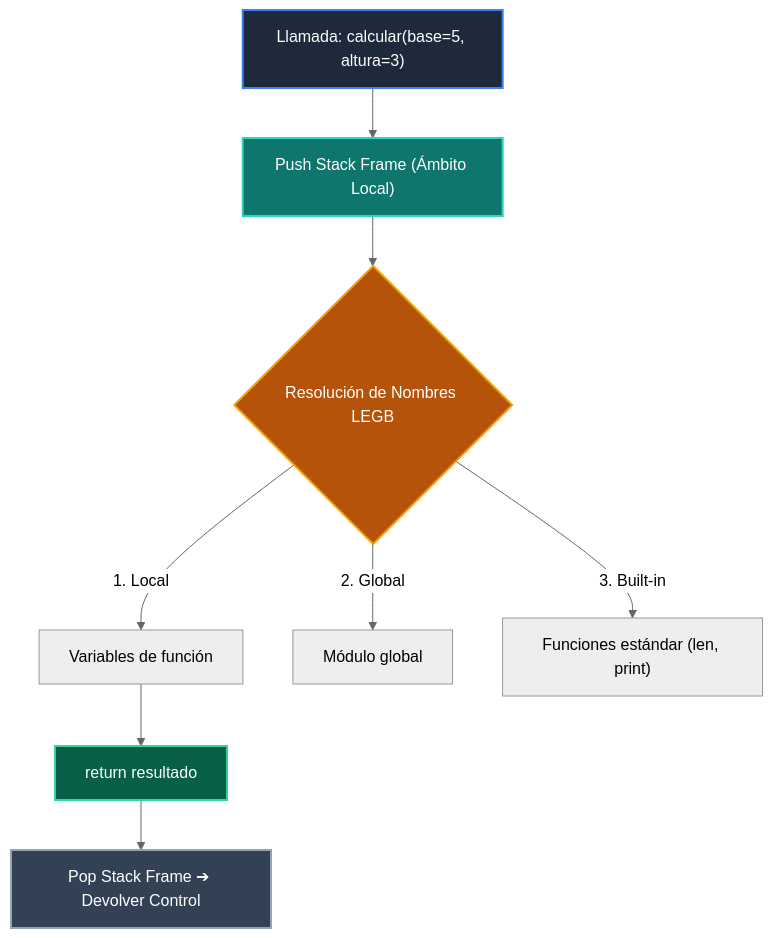
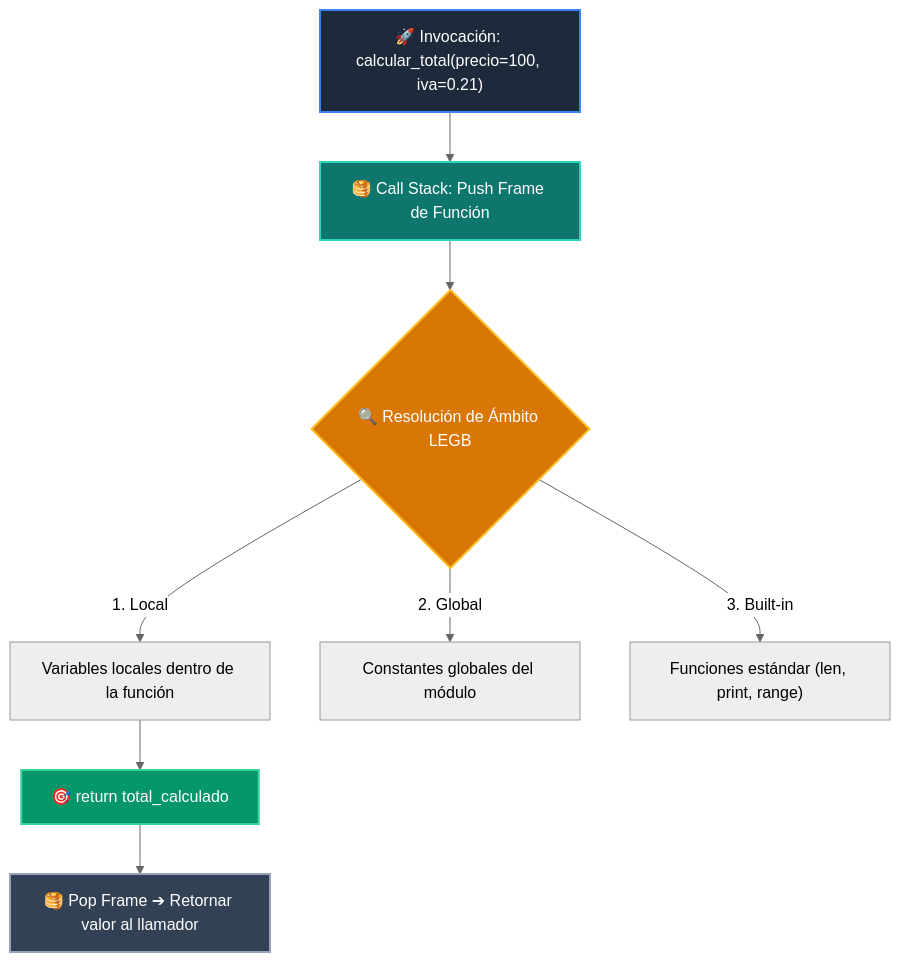
Before and after one commit to wisrovi/wisrovi-python: the diagram in 01-fundamentos-python/clase-07-funciones/README.md, drawn with Mermaid (neutral theme). The commit also changed other lines of this file and 54 other files, not shown here.

Commit message:
refactor: clean repository root by moving maintenance scripts to scripts/ and restore rich high-contrast Mermaid diagrams for all classes and examples

````diff
--- a/01-fundamentos-python/clase-07-funciones/README.md
+++ b/01-fundamentos-python/clase-07-funciones/README.md
@@ -12,16 +12,16 @@
 ```mermaid
 flowchart TD
-    CALL["Llamada: calcular(base=5, altura=3)"] --> FRAME["Push Stack Frame (Ámbito Local)"]
-    FRAME --> SCOPE{"Resolución de Nombres LEGB"}
-    SCOPE -->|1. Local| L_VAR["Variables de función"]
-    SCOPE -->|2. Global| G_VAR["Módulo global"]
-    SCOPE -->|3. Built-in| B_VAR["Funciones estándar (len, print)"]
-    L_VAR --> RET["return resultado"]
-    RET --> POP_F["Pop Stack Frame ➔ Devolver Control"]
+    CALL["🚀 Invocación: calcular_total(precio=100, iva=0.21)"] --> STACK["🥞 Call Stack: Push Frame de Función"]
+    STACK --> SCOPE{"🔍 Resolución de Ámbito LEGB"}
+    SCOPE -->|1. Local| L["Variables locales dentro de la función"]
+    SCOPE -->|2. Global| G["Constantes globales del módulo"]
+    SCOPE -->|3. Built-in| B["Funciones estándar (len, print, range)"]
+    L --> RET["🎯 return total_calculado"]
+    RET --> POP_F["🥞 Pop Frame ➔ Retornar valor al llamador"]
 
-    style CALL fill:#1e293b,color:#fff,stroke:#3b82f6,stroke-width:2px
-    style FRAME fill:#0f766e,color:#fff,stroke:#2dd4bf,stroke-width:2px
-    style SCOPE fill:#b45309,color:#fff,stroke:#f59e0b,stroke-width:2px
-    style RET fill:#065f46,color:#fff,stroke:#34d399,stroke-width:2px
-    style POP_F fill:#334155,color:#fff,stroke:#94a3b8,stroke-width:2px
+    style CALL fill:#1e293b,color:#ffffff,stroke:#3b82f6,stroke-width:2px
+    style STACK fill:#0f766e,color:#ffffff,stroke:#2dd4bf,stroke-width:2px
+    style SCOPE fill:#d97706,color:#ffffff,stroke:#fbbf24,stroke-width:2px
+    style RET fill:#059669,color:#ffffff,stroke:#34d399,stroke-width:2px
+    style POP_F fill:#334155,color:#ffffff,stroke:#94a3b8,stroke-width:2px
 ```
````
